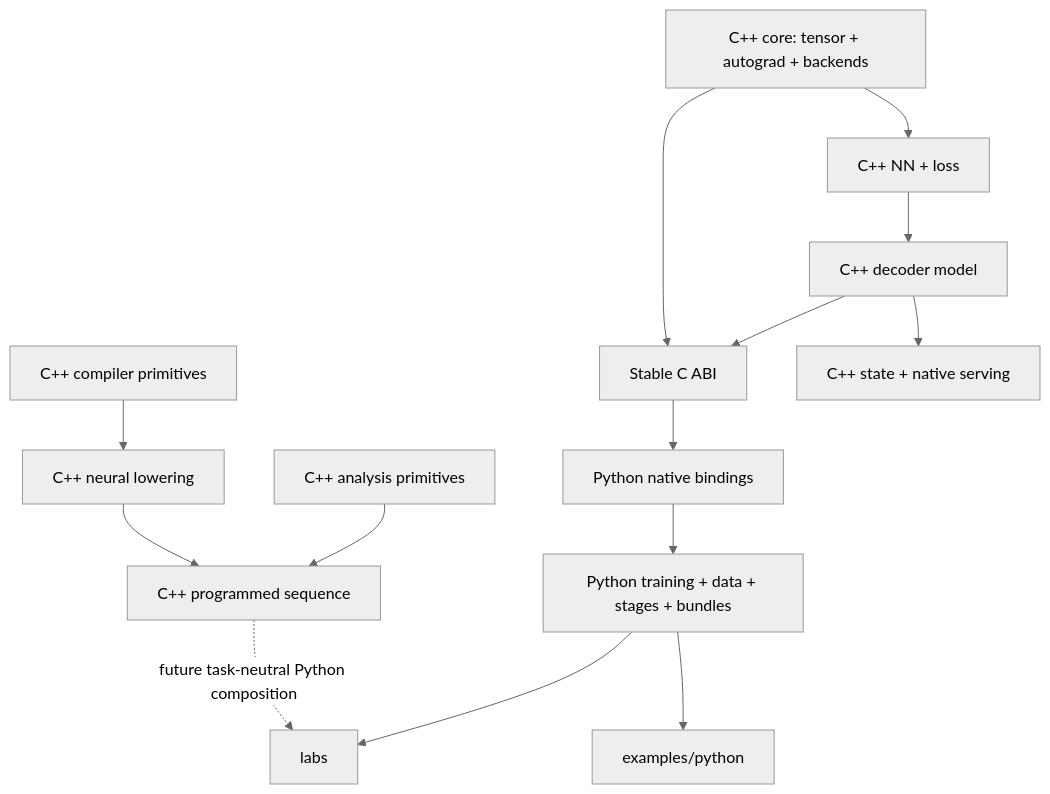
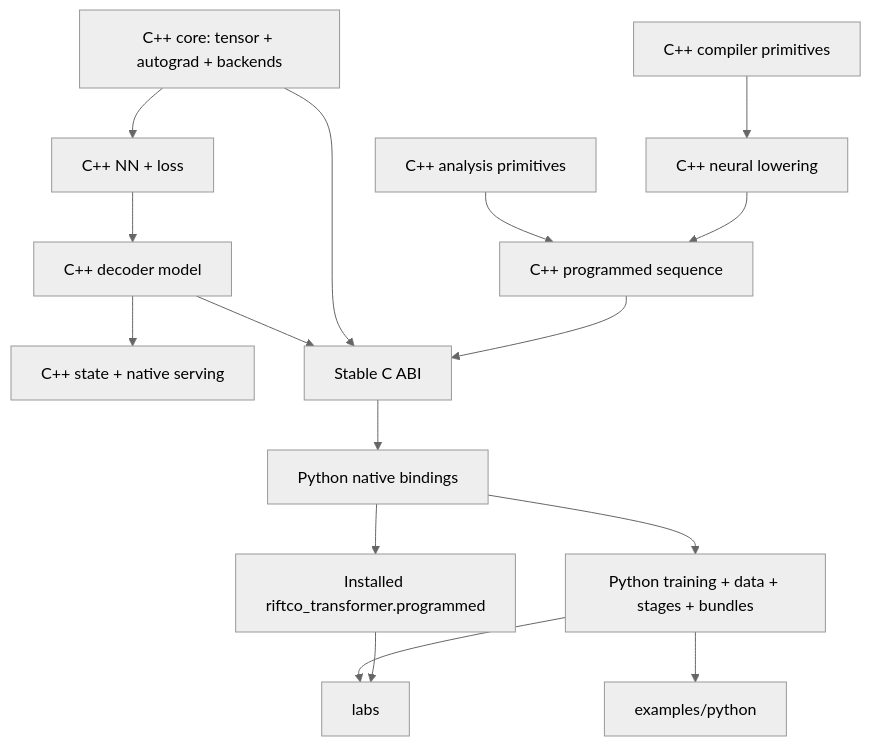
The diagram in docs/PROJECT_STRUCTURE.md (quangng2000/riftco-transformer), drawn with Mermaid (neutral theme) before and after one commit. The commit also changed other lines of this file and 74 other files, not shown here.

````diff
--- a/docs/PROJECT_STRUCTURE.md
+++ b/docs/PROJECT_STRUCTURE.md
@@ -26,19 +26,20 @@
 ```mermaid
 flowchart TD
     Compiler["C++ compiler primitives"] --> Lowering["C++ neural lowering"]
     Analysis["C++ analysis primitives"] --> Programmed["C++ programmed sequence"]
     Lowering --> Programmed
 
     Core["C++ core: tensor + autograd + backends"] --> NN["C++ NN + loss"]
     NN --> Model["C++ decoder model"]
     Model --> Artifacts["C++ state + native serving"]
     Model --> CABI["Stable C ABI"]
     Core --> CABI
+    Programmed --> CABI
 
     CABI --> PyNative["Python native bindings"]
+    PyNative --> PyProgrammed["Installed riftco_transformer.programmed"]
     PyNative --> PyWorkflow["Python training + data + stages + bundles"]
     PyWorkflow --> Examples["examples/python"]
     PyWorkflow --> Labs["labs"]
-
-    Programmed -. "future task-neutral Python composition" .-> Labs
+    PyProgrammed --> Labs
 ```
````
